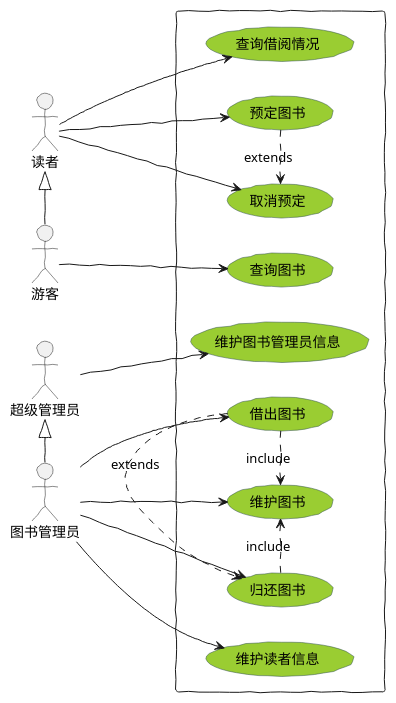
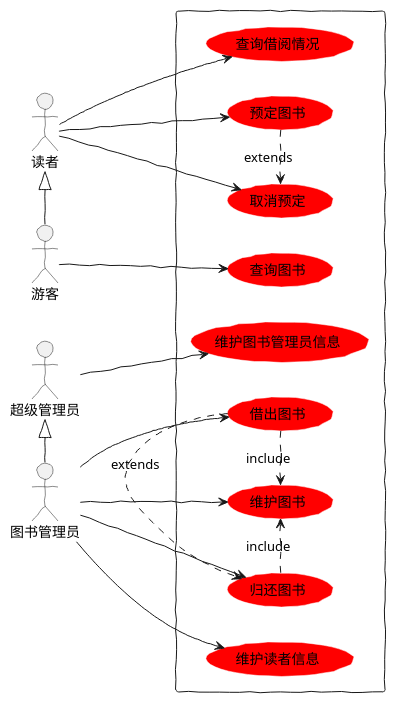
One commit to chenxiangz/is_analysis changed the diagram in test2/用例关系.puml. Above: the diagram before and after it, drawn with PlantUML. The commit also changed 1 other file, not shown here.

```diff
--- a/test2/用例关系.puml
+++ b/test2/用例关系.puml
@@ -1,47 +1,47 @@
 @startuml
 
 
 skinparam packageStyle rectangle
 
 :超级管理员: as root
 :图书管理员: as manage
 :游客: as visitor
 :读者: as reader
 
 reader <|- visitor
 root <|- manage
 rectangle  {
 	left to right direction
 	manage -> (维护图书)
 	manage --> (借出图书)
 	manage -> (归还图书)
 	manage -> (维护读者信息)
 
 	root --> (维护图书管理员信息)
 
 
 	visitor --> (查询图书)
 
 	reader -> (查询借阅情况)
 	reader -> (预定图书)
 	reader -> (取消预定)
 
 	(借出图书) .> (归还图书) : extends
 	(预定图书) .> (取消预定) : extends
 	(借出图书) .> (维护图书) : include
 	(归还图书) .> (维护图书) : include
 
 
 
 }
 
 skinparam handwritten true
 skinparam usecase {
-	BackgroundColor YellowGreen
-	BorderColor DarkSlateGray
+	BackgroundColor red
+	BorderColor white
 	ArrowColor Olive
-	ActorBorderColor black
+	ActorBorderColor white
 	ActorFontName Courier
 
 }
 @enduml
```
